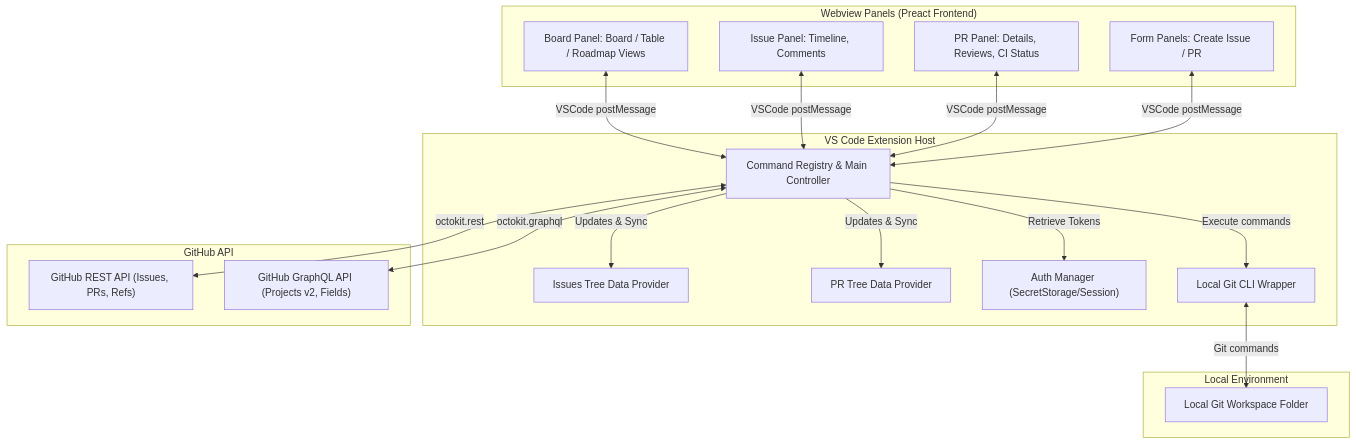
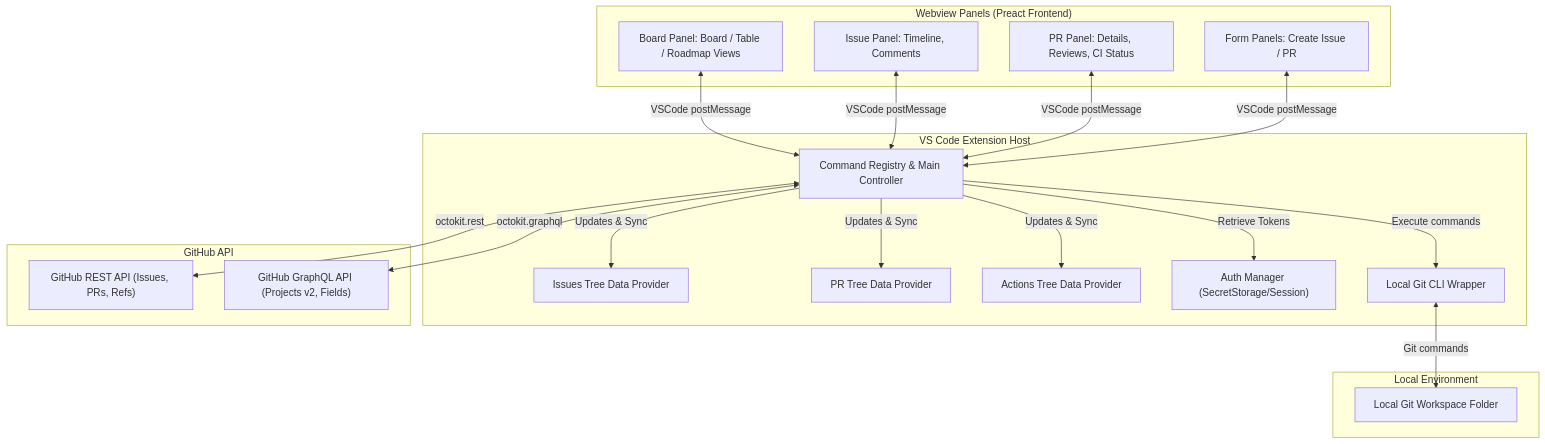
Before and after one commit to martian7777/project_github_vscode: the first of 5 diagrams in README.md, drawn with Mermaid. The commit also changed other lines of this file and 5 other files, not shown here.

````diff
--- a/README.md
+++ b/README.md
@@ -41,40 +41,42 @@
 ```mermaid
 graph TD
     subgraph Webviews ["Webview Panels (Preact Frontend)"]
         BP["Board Panel: Board / Table / Roadmap Views"]
         IP["Issue Panel: Timeline, Comments"]
         PRP["PR Panel: Details, Reviews, CI Status"]
         FP["Form Panels: Create Issue / PR"]
     end
 
     subgraph ExtHost ["VS Code Extension Host"]
         EH["Command Registry & Main Controller"]
         ITP["Issues Tree Data Provider"]
         PTP["PR Tree Data Provider"]
+        ATP["Actions Tree Data Provider"]
         Auth["Auth Manager (SecretStorage/Session)"]
         GitCLI["Local Git CLI Wrapper"]
     end
 
     subgraph GHAPI ["GitHub API"]
         REST["GitHub REST API (Issues, PRs, Refs)"]
         GraphQL["GitHub GraphQL API (Projects v2, Fields)"]
     end
 
     subgraph LocalEnv ["Local Environment"]
         Workspace["Local Git Workspace Folder"]
     end
 
     BP <-->|VSCode postMessage| EH
     IP <-->|VSCode postMessage| EH
     PRP <-->|VSCode postMessage| EH
     FP <-->|VSCode postMessage| EH
 
     EH -->|Updates & Sync| ITP
     EH -->|Updates & Sync| PTP
+    EH -->|Updates & Sync| ATP
     EH -->|Retrieve Tokens| Auth
     EH -->|Execute commands| GitCLI
     
     GitCLI <-->|Git commands| Workspace
     EH <-->|octokit.rest| REST
     EH <-->|octokit.graphql| GraphQL
 ```
````
